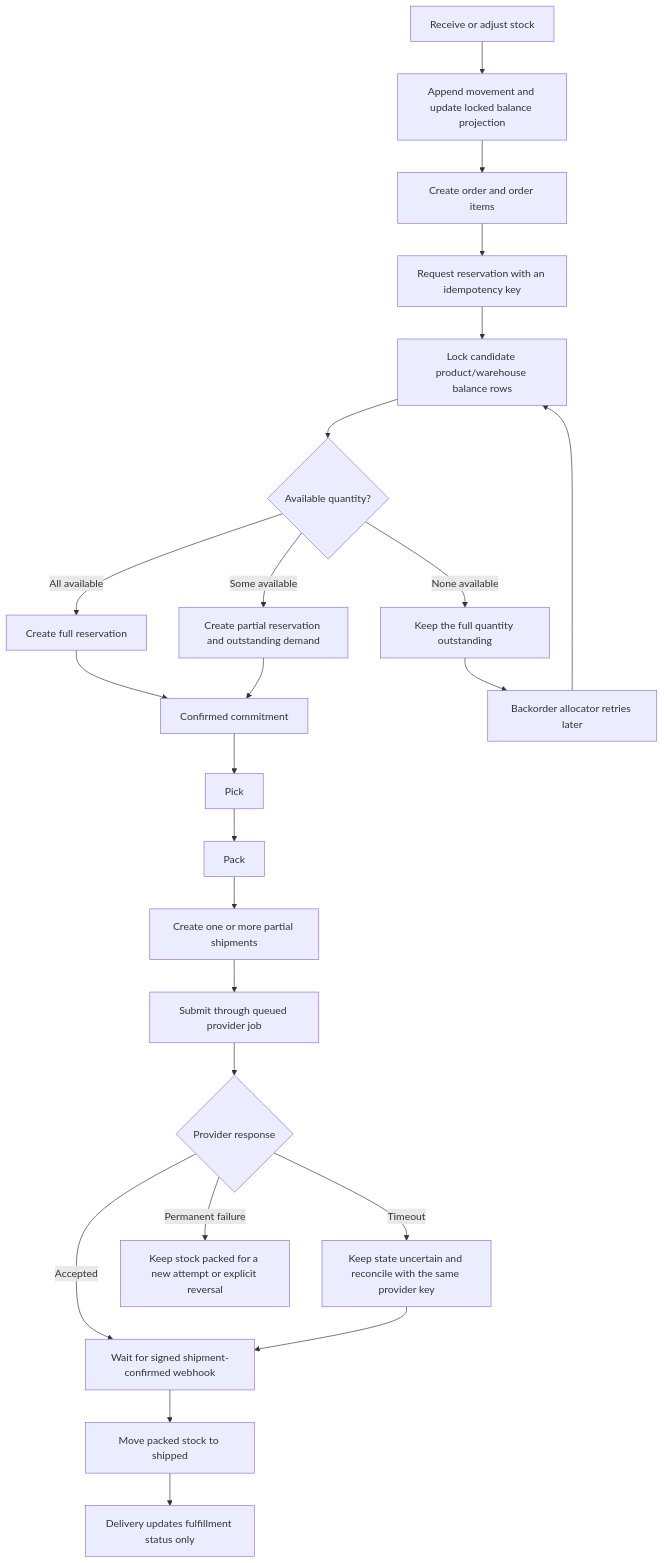
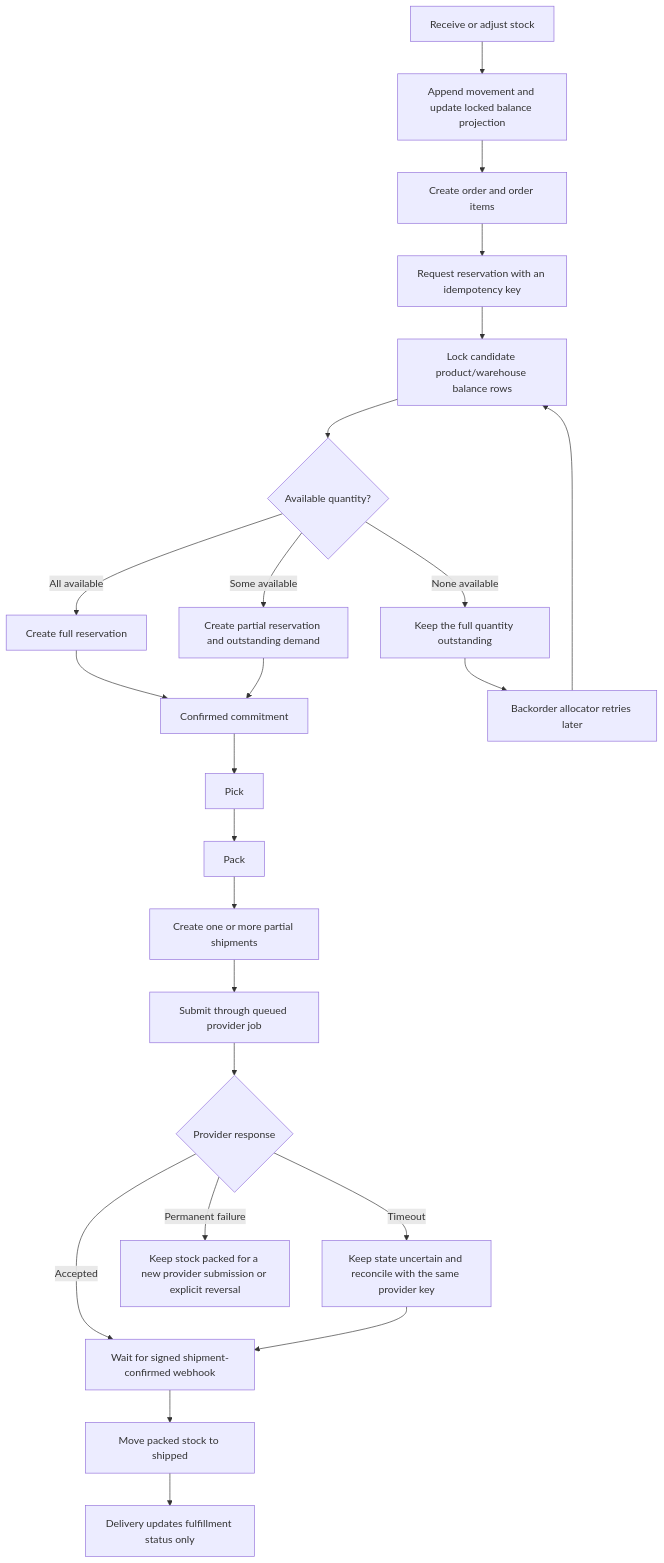
One commit to Moustafa-Ahmed/warehouse-inventory-engine changed the diagram in docs/business-rules/README.md. Above: the diagram before and after it, drawn with Mermaid. The commit also changed 12 other files, not shown here.

````diff
--- a/docs/business-rules/README.md
+++ b/docs/business-rules/README.md
@@ -30,26 +30,26 @@
 ```mermaid
 flowchart TD
     A["Receive or adjust stock"] --> B["Append movement and update locked balance projection"]
     B --> C["Create order and order items"]
     C --> D["Request reservation with an idempotency key"]
     D --> E["Lock candidate product/warehouse balance rows"]
     E --> F{"Available quantity?"}
     F -->|"All available"| G["Create full reservation"]
     F -->|"Some available"| H["Create partial reservation and outstanding demand"]
     F -->|"None available"| I["Keep the full quantity outstanding"]
     G --> J["Confirmed commitment"]
     H --> J
     I --> K["Backorder allocator retries later"]
     K --> E
     J --> L["Pick"]
     L --> M["Pack"]
     M --> N["Create one or more partial shipments"]
     N --> O["Submit through queued provider job"]
     O --> P{"Provider response"}
     P -->|"Timeout"| Q["Keep state uncertain and reconcile with the same provider key"]
-    P -->|"Permanent failure"| R["Keep stock packed for a new attempt or explicit reversal"]
+    P -->|"Permanent failure"| R["Keep stock packed for a new provider submission or explicit reversal"]
     P -->|"Accepted"| U["Wait for signed shipment-confirmed webhook"]
     Q --> U
     U --> S["Move packed stock to shipped"]
     S --> T["Delivery updates fulfillment status only"]
 ```
````
